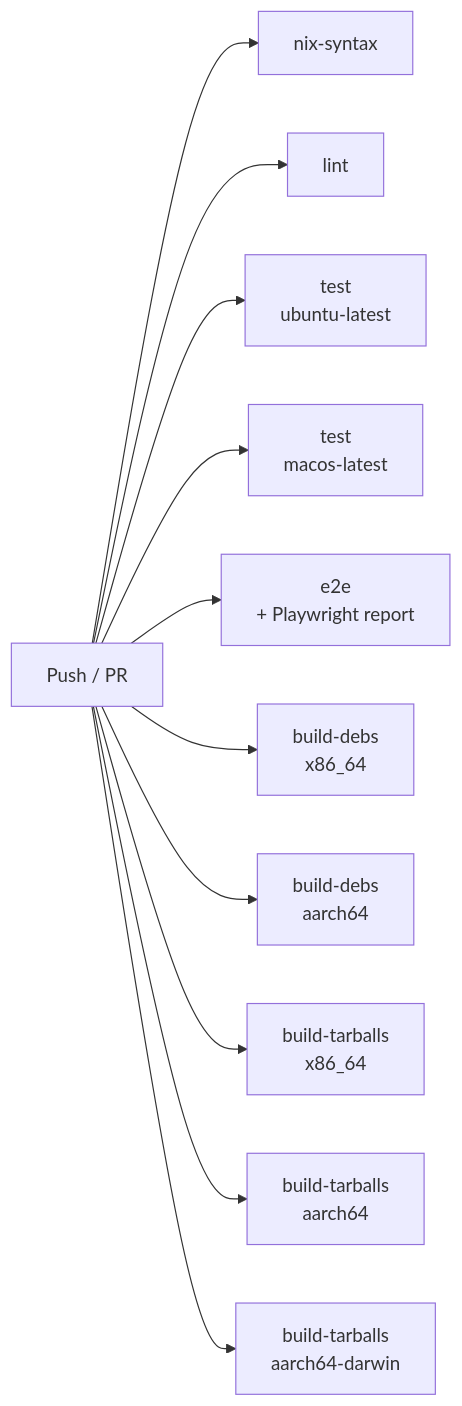
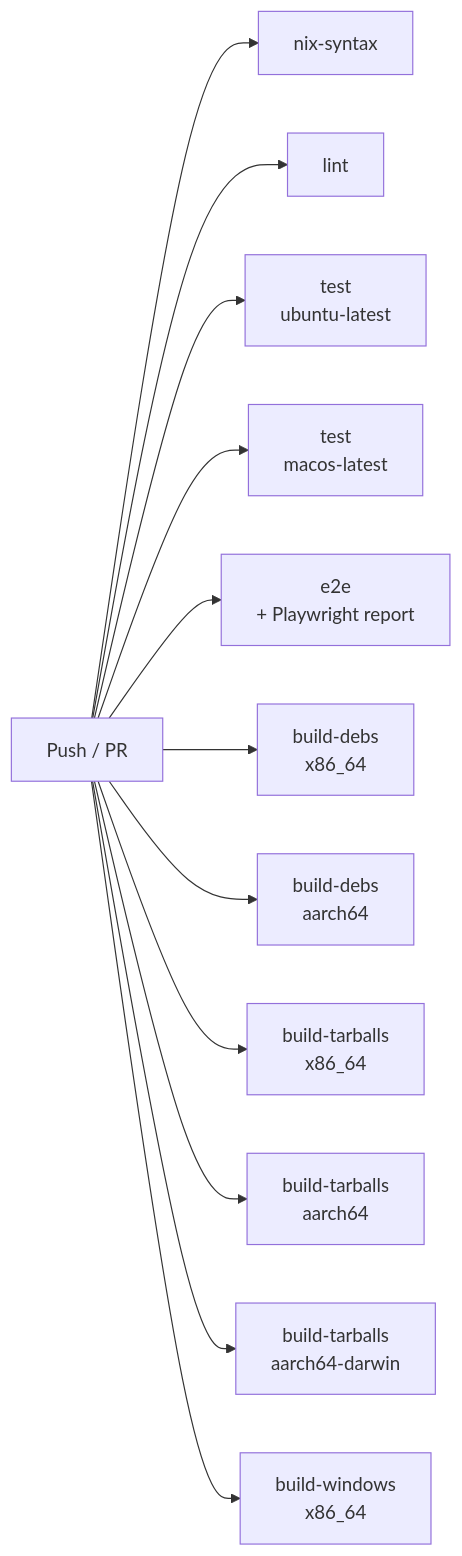
Before and after one commit to indent-com/blit: the second of 8 diagrams in SERVICES.md, drawn with Mermaid. The commit also changed other lines of this file and 24 other files, not shown here.

````diff
--- a/SERVICES.md
+++ b/SERVICES.md
@@ -182,13 +198,14 @@
 ```mermaid
 flowchart LR
     PR[Push / PR] --> nix[nix-syntax]
     PR --> lint[lint]
     PR --> test_linux[test<br>ubuntu-latest]
     PR --> test_mac[test<br>macos-latest]
     PR --> e2e[e2e<br>+ Playwright report]
     PR --> ci_debs_x86[build-debs<br>x86_64]
     PR --> ci_debs_arm[build-debs<br>aarch64]
     PR --> ci_tar_x86[build-tarballs<br>x86_64]
     PR --> ci_tar_arm[build-tarballs<br>aarch64]
     PR --> ci_tar_mac[build-tarballs<br>aarch64-darwin]
+    PR --> ci_win[build-windows<br>x86_64]
 ```
````
